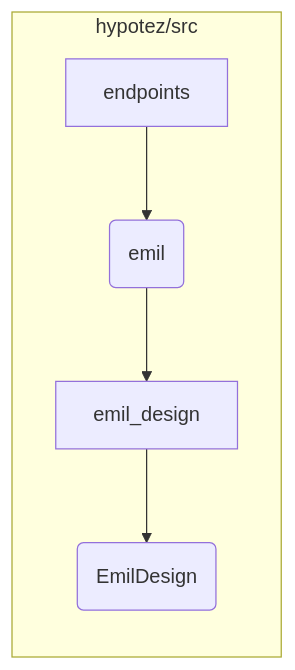
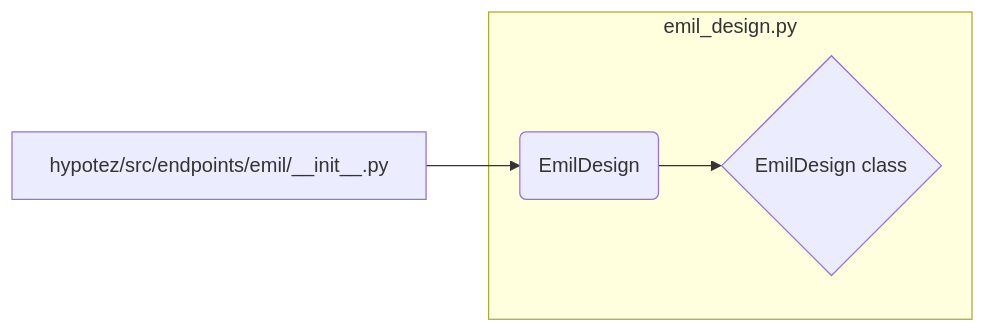
Before and after one commit to hypo69/hypo: the diagram in docs/gemini/ru/explainer/src/endpoints/emil/__init__.md, drawn with Mermaid. The commit also changed other lines of this file and 632 other files, not shown here.

````diff
--- a/docs/gemini/ru/explainer/src/endpoints/emil/__init__.md
+++ b/docs/gemini/ru/explainer/src/endpoints/emil/__init__.md
@@ -42,8 +29,7 @@
 ```mermaid
 graph LR
-    subgraph "hypotez/src"
-        A[endpoints] --> B(emil);
-        B --> C[emil_design];
-        C --> D(EmilDesign);
+    A[hypotez/src/endpoints/emil/__init__.py] --> B(EmilDesign);
+    subgraph "emil_design.py"
+        B --> C{EmilDesign class};
     end
 ```
````
